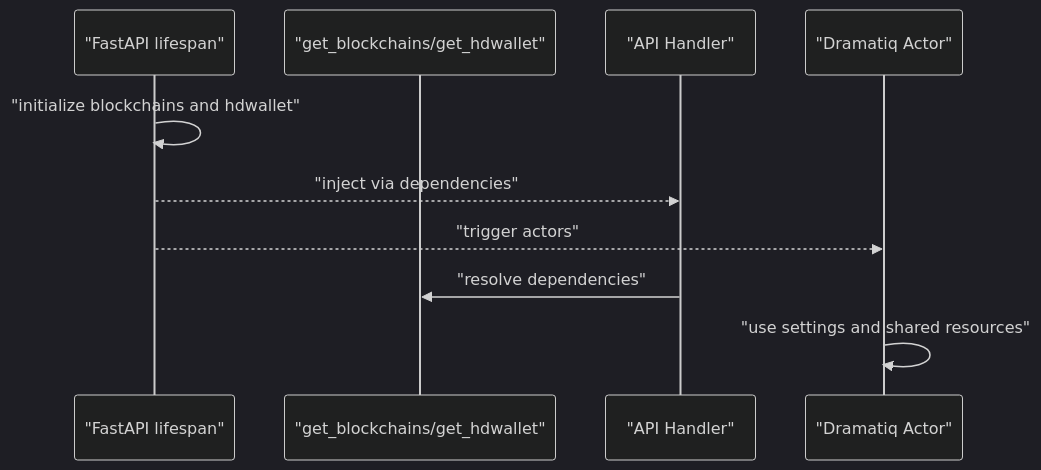
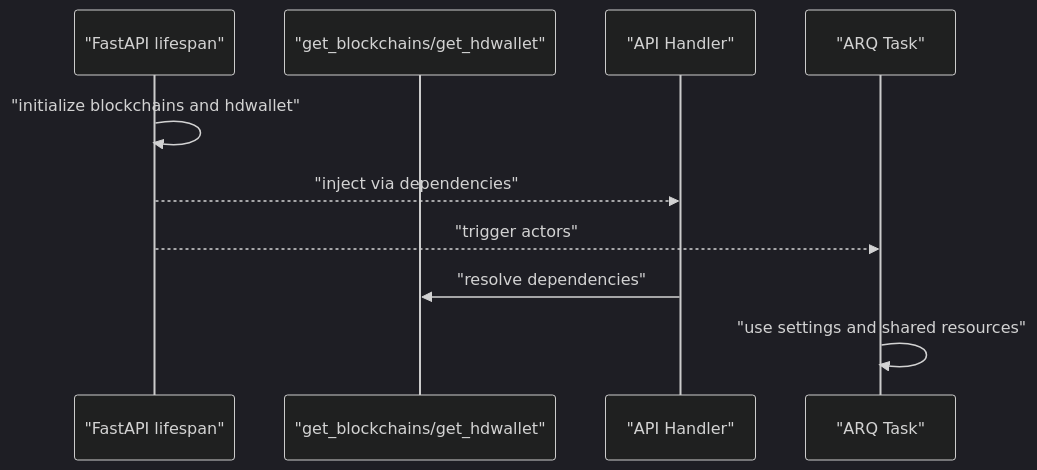
The sixth of 9 diagrams in docs/advanced-topics/architectural-patterns-and-design-principles.md (rakibhossain72/ctrip-docs), drawn with Mermaid (dark theme) before and after one commit. The commit also changed other lines of this file and 25 other files, not shown here.

First line of the commit message:
docs: Update documentation to reflect ARQ task migration from Dramatiq

````diff
--- a/docs/advanced-topics/architectural-patterns-and-design-principles.md
+++ b/docs/advanced-topics/architectural-patterns-and-design-principles.md
@@ -299,12 +299,12 @@
 ```mermaid
 sequenceDiagram
 participant Lifespan as "FastAPI lifespan"
 participant DI as "get_blockchains/get_hdwallet"
 participant API as "API Handler"
-participant Worker as "Dramatiq Actor"
+participant Worker as "ARQ Task"
 Lifespan->>Lifespan : "initialize blockchains and hdwallet"
 Lifespan-->>API : "inject via dependencies"
 Lifespan-->>Worker : "trigger actors"
 API->>DI : "resolve dependencies"
 Worker->>Worker : "use settings and shared resources"
 ```
````
